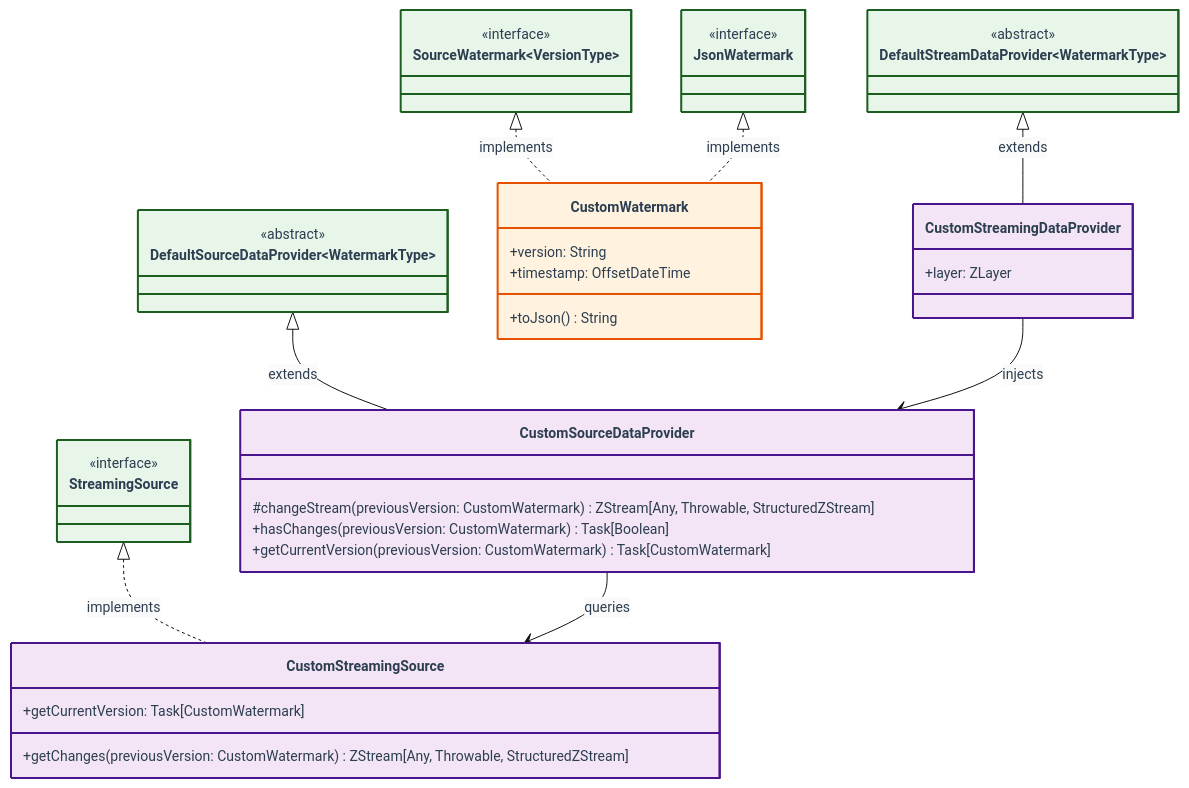
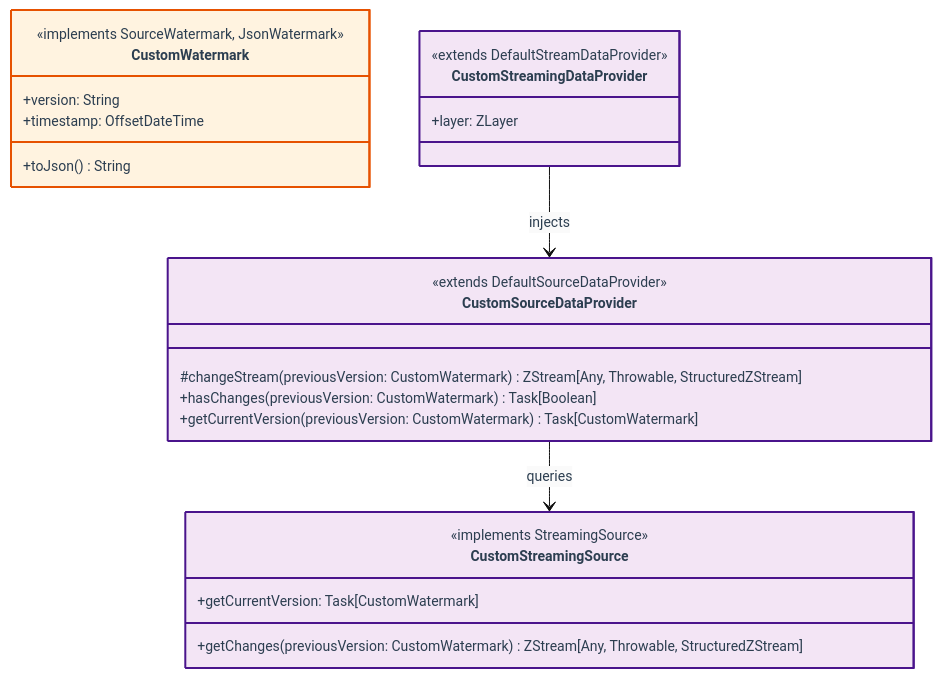
Before and after one commit to SneaksAndData/arcane-framework-scala: the third of 3 diagrams in docs/class_diagram.md, drawn with Mermaid.

````diff
--- a/docs/class_diagram.md
+++ b/docs/class_diagram.md
@@ -117,80 +117,54 @@
 ```mermaid
 %%{init: {
   "theme": "base",
   "themeVariables": {
     "primaryColor": "#fafafa",
     "primaryTextColor": "#2c3e50",
     "primaryBorderColor": "#7f8c8d",
     "lineColor": "#111111",
     "arrowheadColor": "#111111",
     "secondaryColor": "#fdfdfd",
     "tertiaryColor": "#ffffff",
     "fontSize": "14px",
     "fontFamily": "Fira Code, Menlo, Monaco, Consolas, Courier New, monospace"
   },
   "class": {
     "curve": "linear"
   }
 } }%%
 classDiagram
     direction TB
 
-    %% Framework Interfaces/Classes (Simplified for context)
-    class SourceWatermark~VersionType~ {
-        <<interface>>
-    }
-    class JsonWatermark {
-        <<interface>>
-    }
-    class DefaultStreamDataProvider~WatermarkType~ {
-        <<abstract>>
-    }
-    class DefaultSourceDataProvider~WatermarkType~ {
-        <<abstract>>
-    }
-    class StreamingSource {
-        <<interface>>
-    }
-
     %% Custom Implementations
     class CustomWatermark {
+        <<implements SourceWatermark, JsonWatermark>>
         +version: String
         +timestamp: OffsetDateTime
         +toJson() String
     }
     class CustomStreamingDataProvider {
+        <<extends DefaultStreamDataProvider>>
         +layer: ZLayer
     }
     class CustomSourceDataProvider {
+        <<extends DefaultSourceDataProvider>>
         #changeStream(previousVersion: CustomWatermark) ZStream[Any, Throwable, StructuredZStream]
         +hasChanges(previousVersion: CustomWatermark) Task[Boolean]
         +getCurrentVersion(previousVersion: CustomWatermark) Task[CustomWatermark]
     }
     class CustomStreamingSource {
+        <<implements StreamingSource>>
         +getChanges(previousVersion: CustomWatermark) ZStream[Any, Throwable, StructuredZStream]
         +getCurrentVersion: Task[CustomWatermark]
     }
 
     %% Relationships
-    SourceWatermark <|.. CustomWatermark : implements
-    JsonWatermark <|.. CustomWatermark : implements
-
-    DefaultStreamDataProvider <|-- CustomStreamingDataProvider : extends
-    DefaultSourceDataProvider <|-- CustomSourceDataProvider : extends
-    StreamingSource <|.. CustomStreamingSource : implements
-
     CustomStreamingDataProvider --> CustomSourceDataProvider : injects
     CustomSourceDataProvider --> CustomStreamingSource : queries
 
     %% Styling
-    style SourceWatermark fill:#e8f5e9,stroke:#1b5e20,stroke-width:2px
-    style JsonWatermark fill:#e8f5e9,stroke:#1b5e20,stroke-width:2px
-    style DefaultStreamDataProvider fill:#e8f5e9,stroke:#1b5e20,stroke-width:2px
-    style DefaultSourceDataProvider fill:#e8f5e9,stroke:#1b5e20,stroke-width:2px
-    style StreamingSource fill:#e8f5e9,stroke:#1b5e20,stroke-width:2px
-
     style CustomWatermark fill:#fff3e0,stroke:#e65100,stroke-width:2px
     style CustomStreamingDataProvider fill:#f3e5f5,stroke:#4a148c,stroke-width:2px
     style CustomSourceDataProvider fill:#f3e5f5,stroke:#4a148c,stroke-width:2px
     style CustomStreamingSource fill:#f3e5f5,stroke:#4a148c,stroke-width:2px
 ```
````
